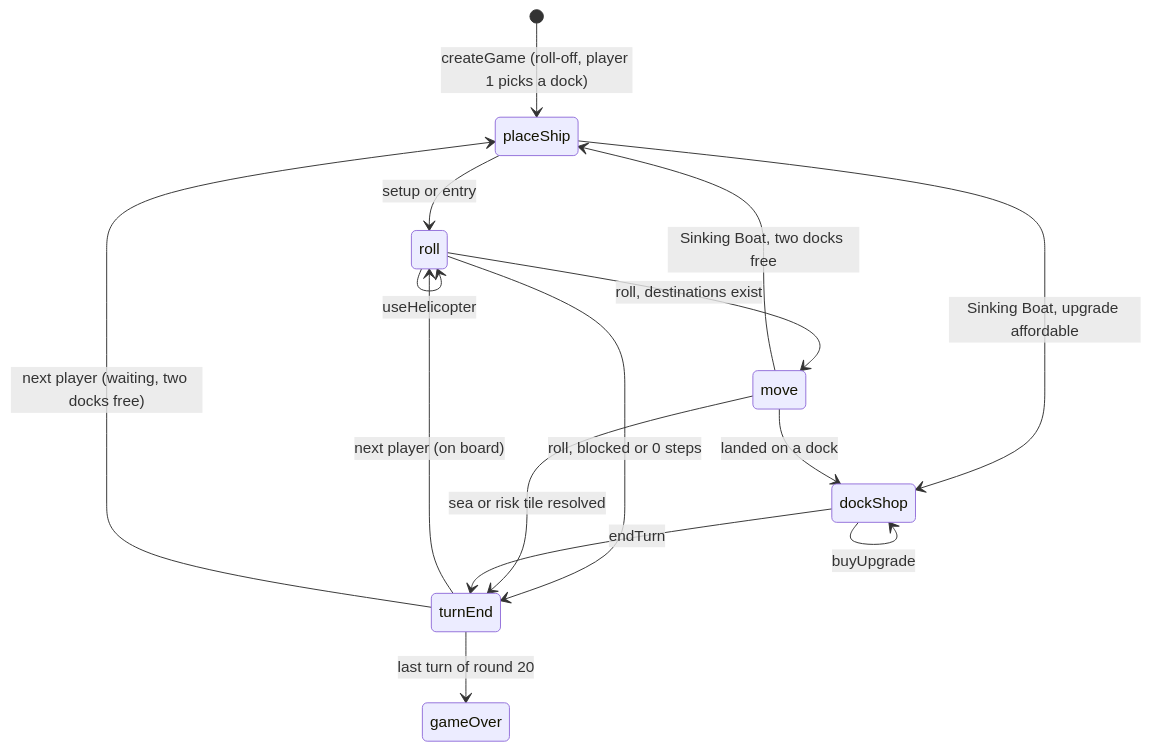
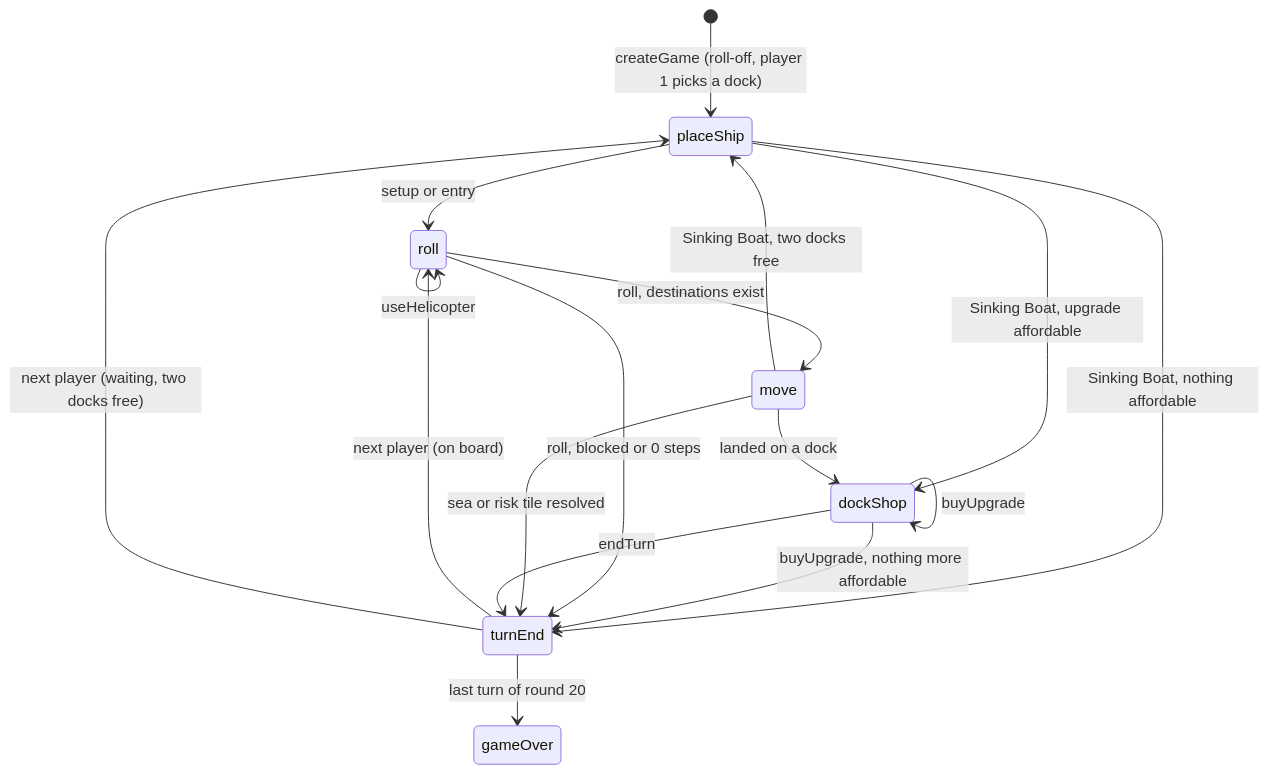
Before and after one commit to aimananwarshaikh/fishingjamboree: the diagram in docs/architecture.md, drawn with Mermaid. The commit also changed other lines of this file and 21 other files, not shown here.

````diff
--- a/docs/architecture.md
+++ b/docs/architecture.md
@@ -84,17 +84,19 @@
 ```mermaid
 stateDiagram-v2
     [*] --> placeShip: createGame (roll-off, player 1 picks a dock)
     placeShip --> roll: setup or entry
     placeShip --> dockShop: Sinking Boat, upgrade affordable
+    placeShip --> turnEnd: Sinking Boat, nothing affordable
+    dockShop --> turnEnd: buyUpgrade, nothing more affordable
     roll --> roll: useHelicopter
     roll --> move: roll, destinations exist
     roll --> turnEnd: roll, blocked or 0 steps
     move --> dockShop: landed on a dock
     move --> placeShip: Sinking Boat, two docks free
     move --> turnEnd: sea or risk tile resolved
     dockShop --> dockShop: buyUpgrade
     dockShop --> turnEnd: endTurn
     turnEnd --> roll: next player (on board)
     turnEnd --> placeShip: next player (waiting, two docks free)
     turnEnd --> gameOver: last turn of round 20
 ```
````
